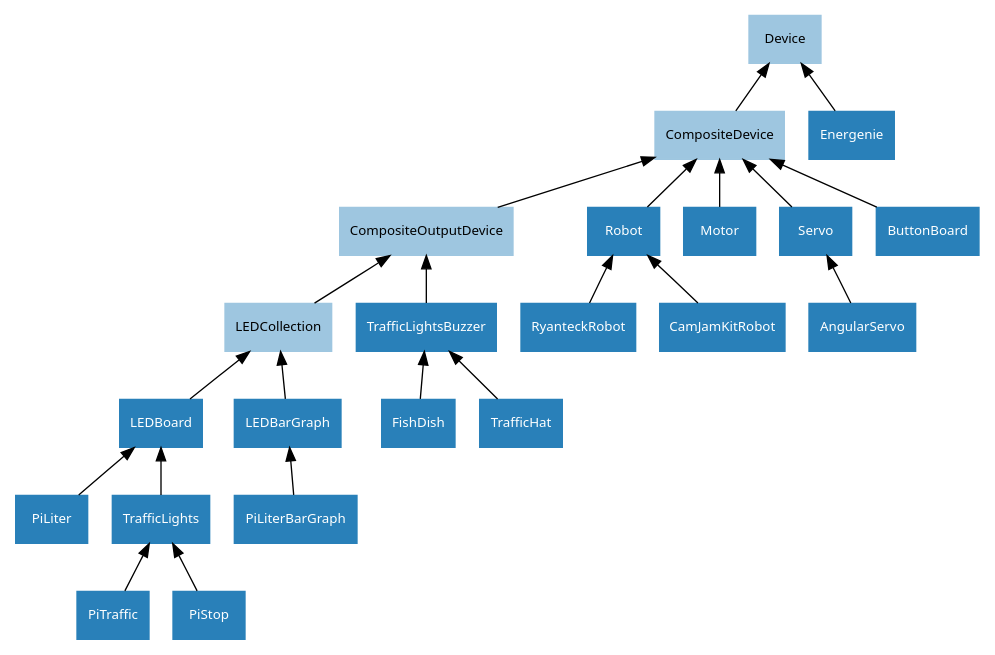
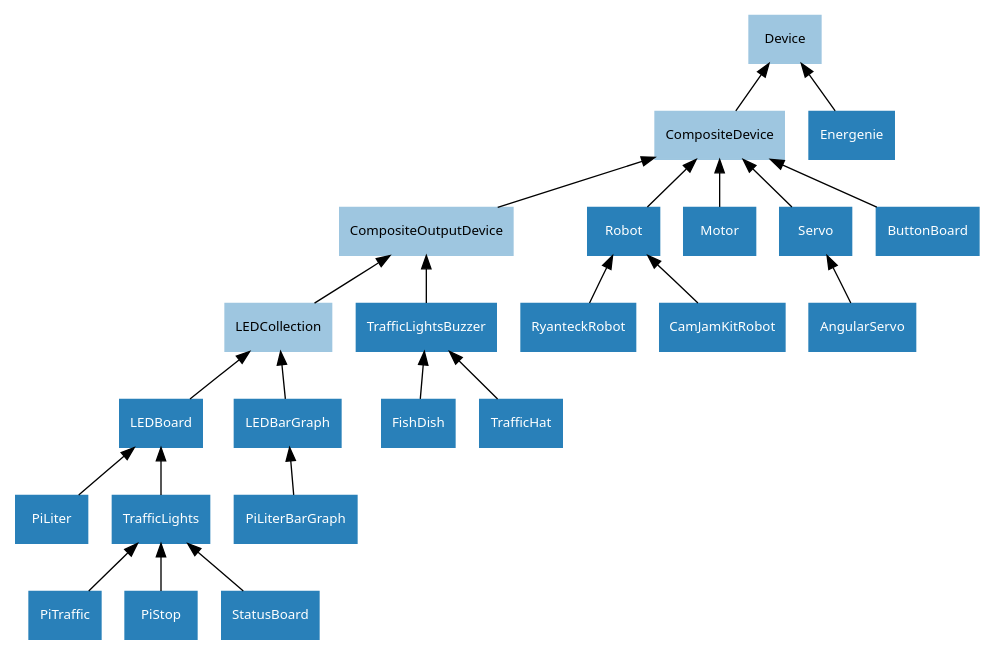
The diagram in docs/images/composite_device_hierarchy.dot (gpiozero/gpiozero), drawn with Graphviz before and after one commit. The commit also changed 3 other files, not shown here.

Commit message:
Add StatusBoard to device hierarchy

```diff
--- a/docs/images/composite_device_hierarchy.dot
+++ b/docs/images/composite_device_hierarchy.dot
@@ -1,40 +1,41 @@
 /* vim: set et sw=4 sts=4: */
 
 digraph classes {
     graph [rankdir=BT];
     node [shape=rect, style=filled, fontname=Sans, fontsize=10];
     edge [];
 
     /* Abstract classes */
     node [color="#9ec6e0", fontcolor="#000000"]
     Device;
     CompositeDevice;
     CompositeOutputDevice;
     LEDCollection;
 
     /* Concrete classes */
     node [color="#2980b9", fontcolor="#ffffff"];
     CompositeDevice->Device;
     CompositeOutputDevice->CompositeDevice;
     LEDCollection->CompositeOutputDevice;
 
     LEDBoard->LEDCollection;
     LEDBarGraph->LEDCollection;
 
     PiLiter->LEDBoard;
     PiLiterBarGraph->LEDBarGraph;
     TrafficLights->LEDBoard;
     PiTraffic->TrafficLights;
     PiStop->TrafficLights;
+    StatusBoard->TrafficLights;
     TrafficLightsBuzzer->CompositeOutputDevice;
     FishDish->TrafficLightsBuzzer;
     TrafficHat->TrafficLightsBuzzer;
     Robot->CompositeDevice;
     RyanteckRobot->Robot;
     CamJamKitRobot->Robot;
     Motor->CompositeDevice;
     Servo->CompositeDevice;
     AngularServo->Servo;
     Energenie->Device;
     ButtonBoard->CompositeDevice;
 }
```
